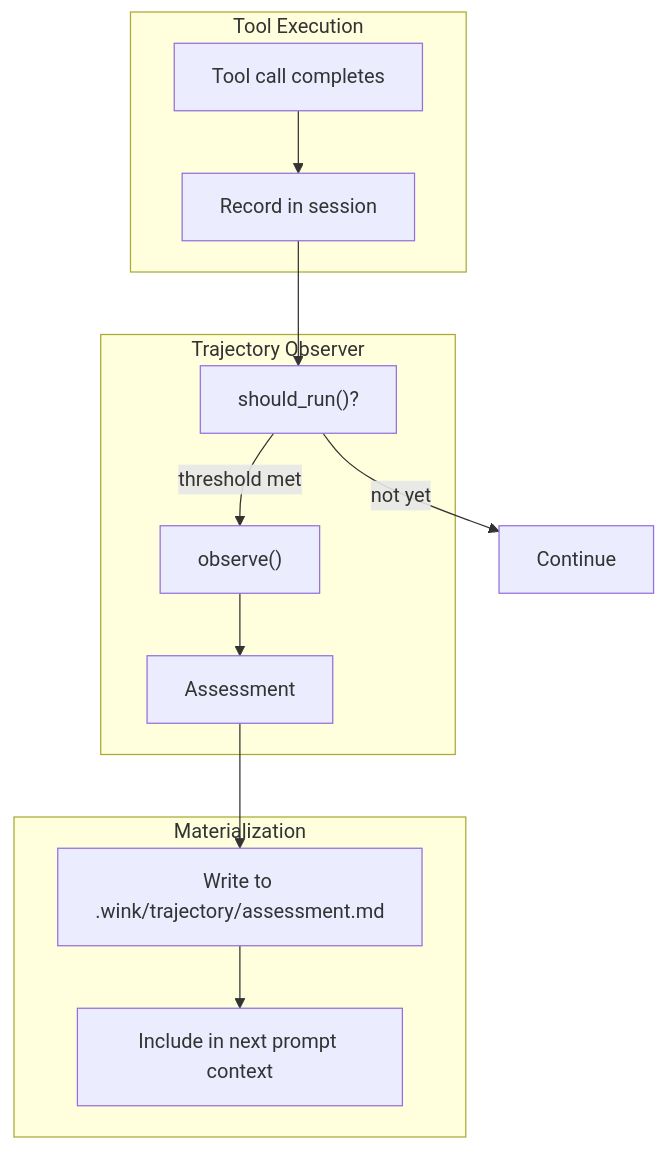
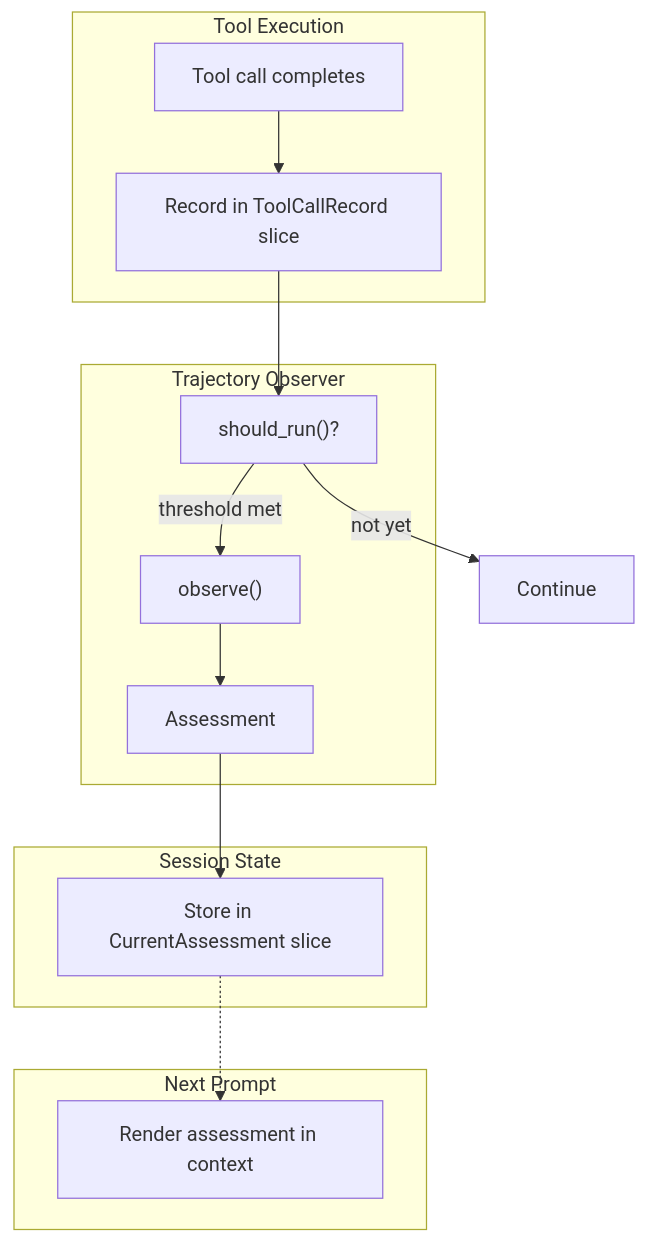
Before and after one commit to weakincentives/weakincentives: the diagram in specs/TRAJECTORY_OBSERVERS.md, drawn with Mermaid. The commit also changed other lines of this file, not shown here.

First line of the commit message:
Refocus trajectory observers on resource visibility

````diff
--- a/specs/TRAJECTORY_OBSERVERS.md
+++ b/specs/TRAJECTORY_OBSERVERS.md
@@ -23,26 +23,29 @@
 ```mermaid
 flowchart TB
     subgraph ToolExecution["Tool Execution"]
         Call["Tool call completes"]
-        Record["Record in session"]
+        Record["Record in ToolCallRecord slice"]
     end
 
     subgraph Observer["Trajectory Observer"]
         Trigger["should_run()?"]
         Observe["observe()"]
         Assess["Assessment"]
     end
 
-    subgraph Materialization["Materialization"]
-        Write["Write to .wink/trajectory/assessment.md"]
-        Inject["Include in next prompt context"]
+    subgraph Session["Session State"]
+        Store["Store in CurrentAssessment slice"]
+    end
+
+    subgraph Prompt["Next Prompt"]
+        Inject["Render assessment in context"]
     end
 
     Call --> Record
     Record --> Trigger
     Trigger -->|threshold met| Observe
     Trigger -->|not yet| Done["Continue"]
     Observe --> Assess
-    Assess --> Write
-    Write --> Inject
+    Assess --> Store
+    Store -.-> Inject
 ```
````
